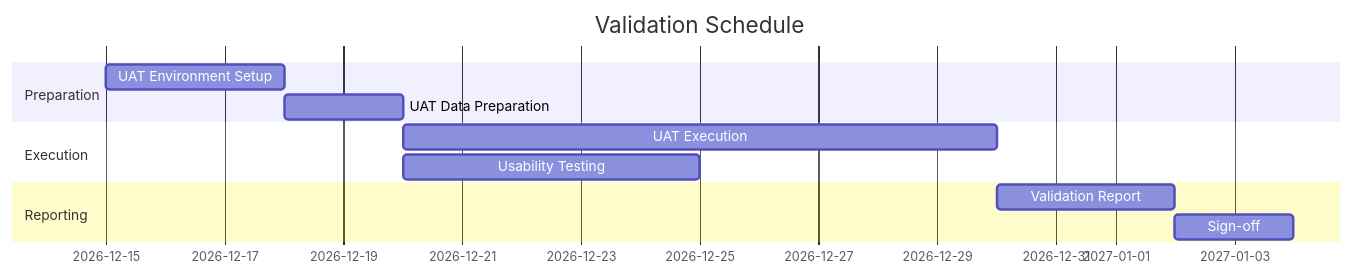
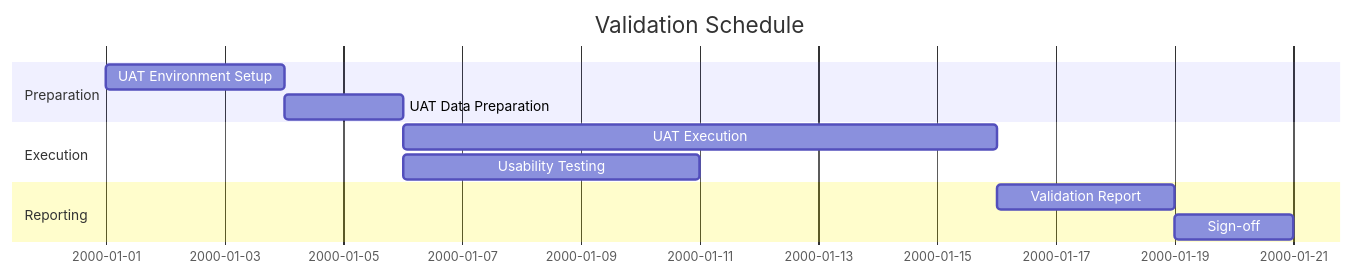
Before and after one commit to oat431/swe-knowledge: the diagram in document-template/13_Testing_and_Verification/Validation-Plan.md, drawn with Mermaid. The commit also changed 56 other files, not shown here.

````diff
--- a/document-template/13_Testing_and_Verification/Validation-Plan.md
+++ b/document-template/13_Testing_and_Verification/Validation-Plan.md
@@ -81,14 +81,15 @@
 ```mermaid
 gantt
     title Validation Schedule
     dateFormat YYYY-MM-DD
+    %% Placeholder schedule: base 2000-01-01 = project start; recompute real dates when instantiating
     section Preparation
-    UAT Environment Setup  :a1, 2026-12-15, 3d
+    UAT Environment Setup  :a1, 2000-01-01, 3d
     UAT Data Preparation   :a2, after a1, 2d
     section Execution
     UAT Execution          :b1, after a2, 10d
     Usability Testing      :b2, after a2, 5d
     section Reporting
     Validation Report      :c1, after b1, 3d
     Sign-off               :c2, after c1, 2d
 ```
````
